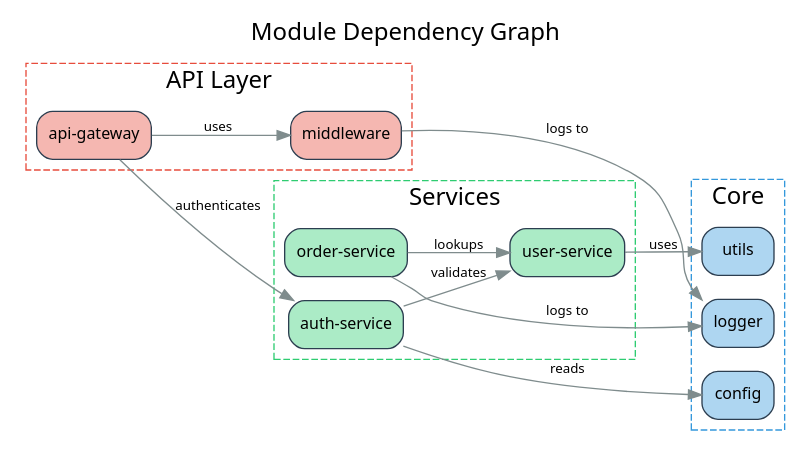
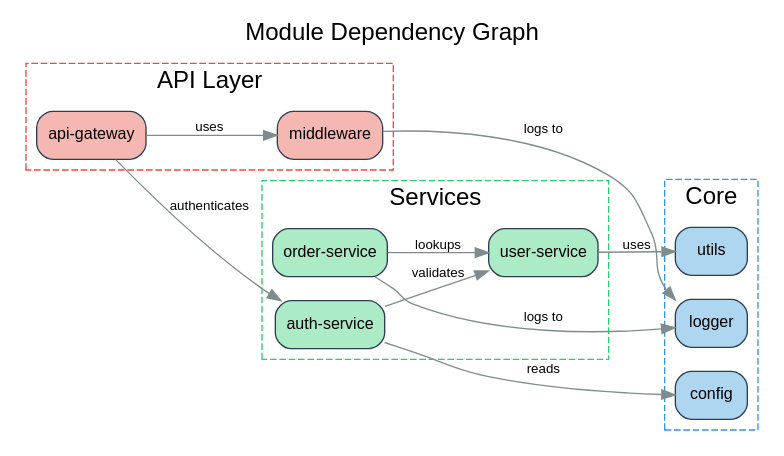
Before and after one commit to tirandagan/claude-diagrams: the sixth of 7 diagrams in skills/diagram/examples.md, drawn with Graphviz. The commit also changed other lines of this file and 9 other files, not shown here.

First line of the commit message:
Refactor diagram skill and enhance rendering script

````diff
--- a/skills/diagram/examples.md
+++ b/skills/diagram/examples.md
@@ -208,62 +206,62 @@
 ```dot
 digraph dependencies {
     graph [
         rankdir=LR
-        fontname="Segoe UI"
+        fontname="Arial,Helvetica,sans-serif"
         bgcolor=white
         label="Module Dependency Graph"
         labelloc=t
         fontsize=18
     ]
 
     node [
         shape=box
         style="rounded,filled"
-        fontname="Segoe UI"
+        fontname="Arial,Helvetica,sans-serif"
         fontsize=12
         fillcolor="#ECF0F1"
         color="#2C3E50"
     ]
 
     edge [
         color="#7F8C8D"
-        fontname="Segoe UI"
+        fontname="Arial,Helvetica,sans-serif"
         fontsize=10
     ]
 
     subgraph cluster_core {
         label="Core"
         style="dashed"
         color="#3498DB"
         config [label="config" fillcolor="#AED6F1"]
         logger [label="logger" fillcolor="#AED6F1"]
         utils [label="utils" fillcolor="#AED6F1"]
     }
 
     subgraph cluster_services {
         label="Services"
         style="dashed"
         color="#2ECC71"
         auth [label="auth-service" fillcolor="#ABEBC6"]
         user [label="user-service" fillcolor="#ABEBC6"]
         order [label="order-service" fillcolor="#ABEBC6"]
     }
 
     subgraph cluster_api {
         label="API Layer"
         style="dashed"
         color="#E74C3C"
         gateway [label="api-gateway" fillcolor="#F5B7B1"]
         middleware [label="middleware" fillcolor="#F5B7B1"]
     }
 
     gateway -> middleware [label="uses"]
     gateway -> auth [label="authenticates"]
     middleware -> logger [label="logs to"]
     auth -> user [label="validates"]
     auth -> config [label="reads"]
     user -> utils [label="uses"]
     order -> user [label="lookups"]
     order -> logger [label="logs to"]
 }
 ```
````
